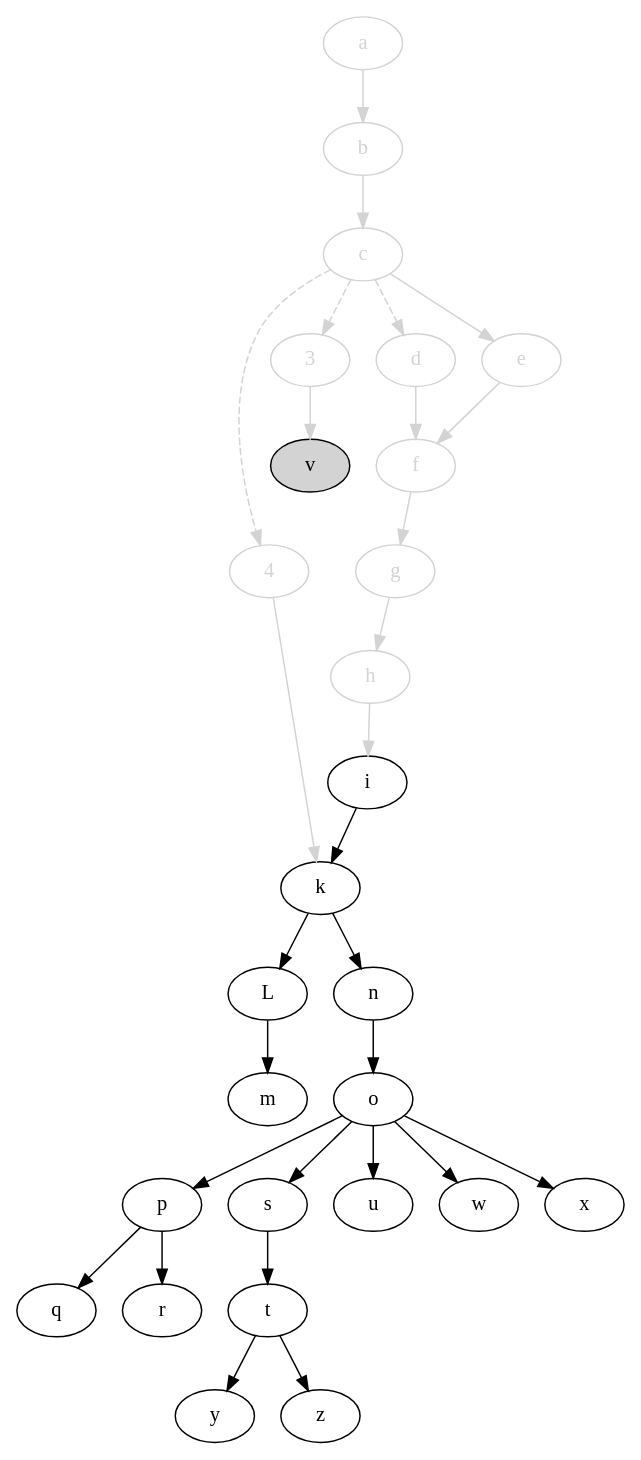
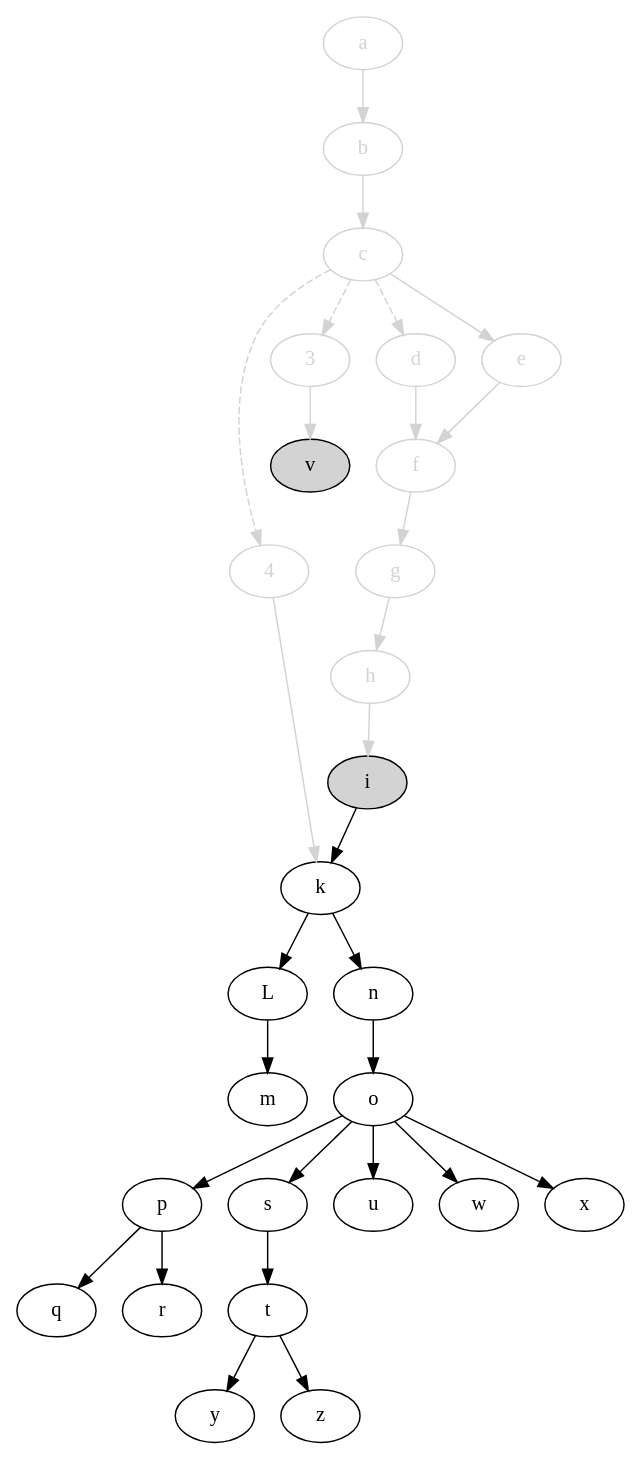
The diagram in svm-startup-deps.dot (jdmpapin/svm-startup-deps), drawn with Graphviz before and after one commit. The commit also changed 1 other file, not shown here.

```diff
--- a/svm-startup-deps.dot
+++ b/svm-startup-deps.dot
@@ -1,58 +1,58 @@
 digraph {
     4 [color=lightgrey,fontcolor=lightgrey];
     3 [color=lightgrey,fontcolor=lightgrey];
     a [color=lightgrey,fontcolor=lightgrey];
     b [color=lightgrey,fontcolor=lightgrey];
     c [color=lightgrey,fontcolor=lightgrey];
     d [color=lightgrey,fontcolor=lightgrey];
     e [color=lightgrey,fontcolor=lightgrey];
     f [color=lightgrey,fontcolor=lightgrey];
     g [color=lightgrey,fontcolor=lightgrey];
     h [color=lightgrey,fontcolor=lightgrey];
-    i;
+    i [style=filled,fillcolor=lightgrey];
     k;
     L;
     m;
     n;
     o;
     p;
     q;
     r;
     s;
     t;
     u;
     v [style=filled,fillcolor=lightgrey];
     w;
     x;
     y;
     z;
 
     4 -> k [color=lightgrey];
     c -> 4 [style=dashed,color=lightgrey];
     c -> 3 [style=dashed,color=lightgrey];
     c -> d [style=dashed,color=lightgrey];
     3 -> v [color=lightgrey];
     a -> b [color=lightgrey];
     b -> c [color=lightgrey];
     c -> e [color=lightgrey];
     d -> f [color=lightgrey];
     e -> f [color=lightgrey];
     f -> g [color=lightgrey];
     g -> h [color=lightgrey];
     h -> i [color=lightgrey];
     i -> k;
     k -> L;
     L -> m;
     k -> n;
     n -> o;
     o -> p;
     p -> q;
     p -> r;
     o -> s;
     s -> t;
     o -> u;
     o -> w;
     o -> x;
     t -> y;
     t -> z;
 }
```
